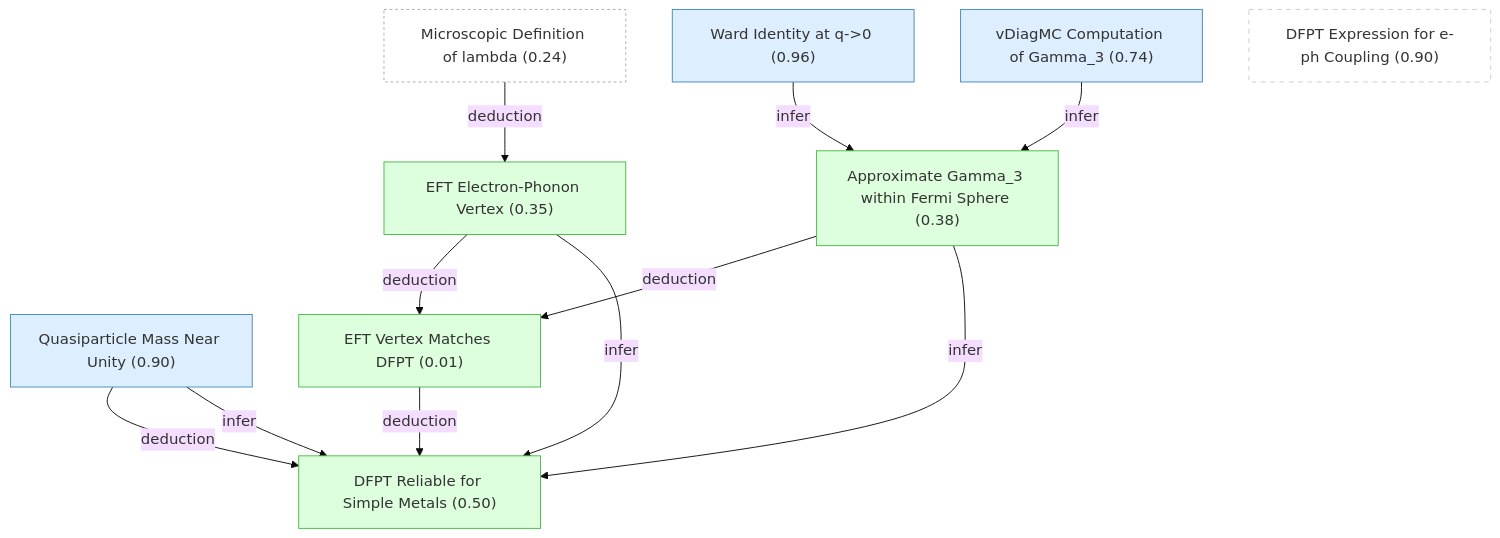
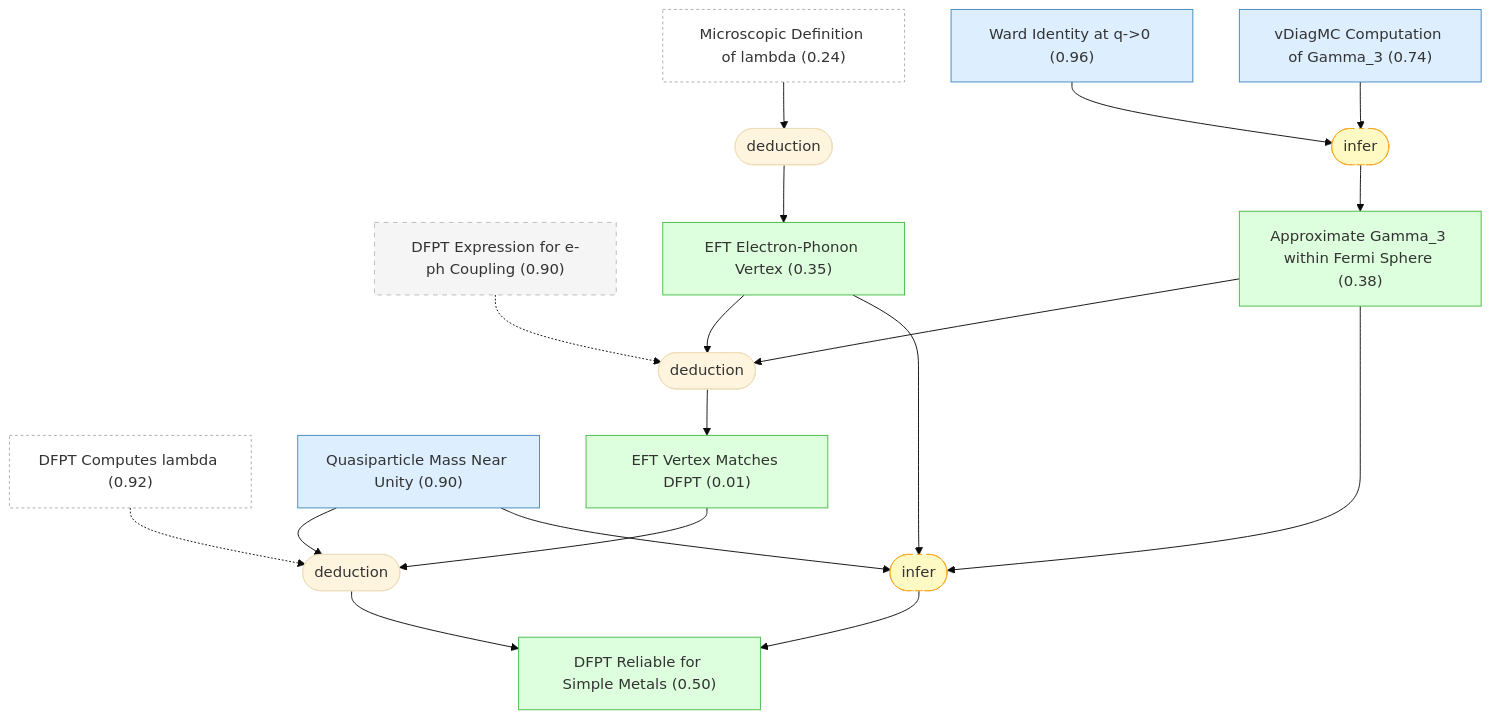
One commit to kunyuan/SuperconductivityElectronLiquids.gaia changed the fifth of 6 diagrams in README.md. Above: the diagram before and after it, drawn with Mermaid (base theme). The commit also changed other lines of this file, not shown here.

First line of the commit message:
docs: regenerate README with strategy/operator Mermaid nodes

````diff
--- a/README.md
+++ b/README.md
@@ -539,29 +613,45 @@
 ```mermaid
 graph TD
+    dfpt_computes_lambda["DFPT Computes lambda (0.92)"]:::external
     lambda_microscopic_definition["Microscopic Definition of lambda (0.24)"]:::external
     ward_identity["Ward Identity at q->0 (0.96)"]:::premise
     gamma3_vdiagmc["vDiagMC Computation of Gamma_3 (0.74)"]:::premise
-    dfpt_eph_ansatz["DFPT Expression for e-ph Coupling (0.90)"]:::orphan
+    dfpt_eph_ansatz["DFPT Expression for e-ph Coupling (0.90)"]:::background
     quasiparticle_mass_near_unity["Quasiparticle Mass Near Unity (0.90)"]:::premise
     eft_eph_vertex["EFT Electron-Phonon Vertex (0.35)"]:::derived
     gamma3_approximation["Approximate Gamma_3 within Fermi Sphere (0.38)"]:::derived
     eft_vertex_matches_dfpt["EFT Vertex Matches DFPT (0.01)"]:::derived
     dfpt_reliable_for_simple_metals["DFPT Reliable for Simple Metals (0.50)"]:::derived
-    lambda_microscopic_definition -->|deduction| eft_eph_vertex
-    ward_identity -->|infer| gamma3_approximation
-    gamma3_vdiagmc -->|infer| gamma3_approximation
-    eft_eph_vertex -->|deduction| eft_vertex_matches_dfpt
-    gamma3_approximation -->|deduction| eft_vertex_matches_dfpt
-    eft_vertex_matches_dfpt -->|deduction| dfpt_reliable_for_simple_metals
-    quasiparticle_mass_near_unity -->|deduction| dfpt_reliable_for_simple_metals
-    eft_eph_vertex -->|infer| dfpt_reliable_for_simple_metals
-    gamma3_approximation -->|infer| dfpt_reliable_for_simple_metals
-    quasiparticle_mass_near_unity -->|infer| dfpt_reliable_for_simple_metals
+    strat_12(["deduction"])
+    lambda_microscopic_definition --> strat_12
+    strat_12 --> eft_eph_vertex
+    strat_13(["infer"]):::weak
+    ward_identity --> strat_13
+    gamma3_vdiagmc --> strat_13
+    strat_13 --> gamma3_approximation
+    strat_14(["deduction"])
+    eft_eph_vertex --> strat_14
+    gamma3_approximation --> strat_14
+    dfpt_eph_ansatz -.-> strat_14
+    strat_14 --> eft_vertex_matches_dfpt
+    strat_15(["deduction"])
+    eft_vertex_matches_dfpt --> strat_15
+    quasiparticle_mass_near_unity --> strat_15
+    dfpt_computes_lambda -.-> strat_15
+    strat_15 --> dfpt_reliable_for_simple_metals
+    strat_16(["infer"]):::weak
+    eft_eph_vertex --> strat_16
+    gamma3_approximation --> strat_16
+    quasiparticle_mass_near_unity --> strat_16
+    strat_16 --> dfpt_reliable_for_simple_metals
 
     classDef setting fill:#f0f0f0,stroke:#999
     classDef premise fill:#ddeeff,stroke:#4488bb
     classDef derived fill:#ddffdd,stroke:#44bb44
     classDef question fill:#fff3dd,stroke:#cc9944
+    classDef background fill:#f5f5f5,stroke:#bbb,stroke-dasharray: 5 5
     classDef orphan fill:#fff,stroke:#ccc,stroke-dasharray: 5 5
     classDef external fill:#fff,stroke:#aaa,stroke-dasharray: 3 3
+    classDef weak fill:#fff9c4,stroke:#f9a825,stroke-dasharray: 5 5
+    classDef contra fill:#ffebee,stroke:#c62828
 ```
````
